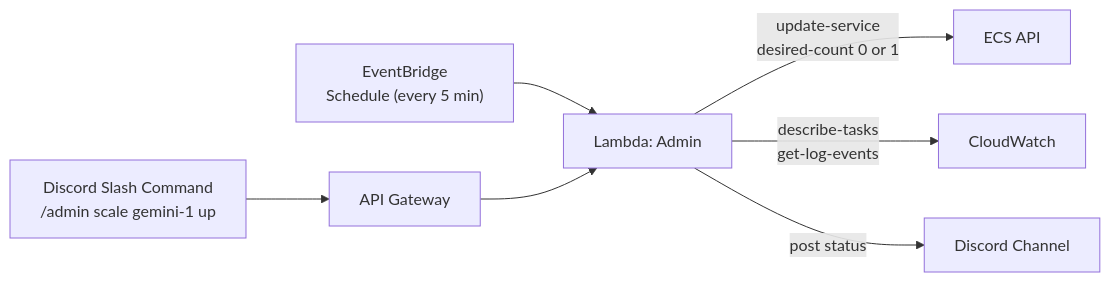
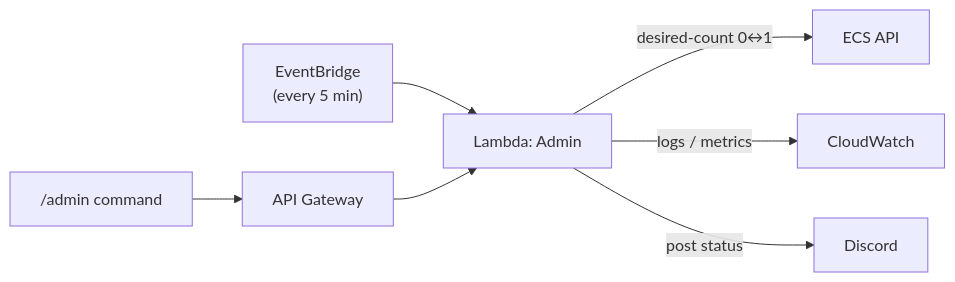
One commit to juntinyeh-worker/agent-outbound changed the second of 6 diagrams in openab-ecs-lambda-architecture.md. Above: the diagram before and after it, drawn with Mermaid. The commit also changed other lines of this file, not shown here.

First line of the commit message:
task: simplify ECS+Lambda architecture to 2 agents

````diff
--- a/openab-ecs-lambda-architecture.md
+++ b/openab-ecs-lambda-architecture.md
@@ -103,8 +86,8 @@
 ```mermaid
 graph LR
-    EVENTBRIDGE["EventBridge<br/>Schedule (every 5 min)"] --> LAMBDA["Lambda: Admin"]
-    SLASH["Discord Slash Command<br/>/admin scale gemini-1 up"] --> APIGW["API Gateway"] --> LAMBDA
-    LAMBDA -->|"update-service<br/>desired-count 0 or 1"| ECS["ECS API"]
-    LAMBDA -->|"describe-tasks<br/>get-log-events"| CW["CloudWatch"]
-    LAMBDA -->|"post status"| DISCORD["Discord Channel"]
+    EVENTBRIDGE["EventBridge<br/>(every 5 min)"] --> LAMBDA["Lambda: Admin"]
+    SLASH["/admin command"] --> APIGW["API Gateway"] --> LAMBDA
+    LAMBDA -->|"desired-count 0↔1"| ECS["ECS API"]
+    LAMBDA -->|"logs / metrics"| CW["CloudWatch"]
+    LAMBDA -->|"post status"| DISCORD["Discord"]
 ```
````
